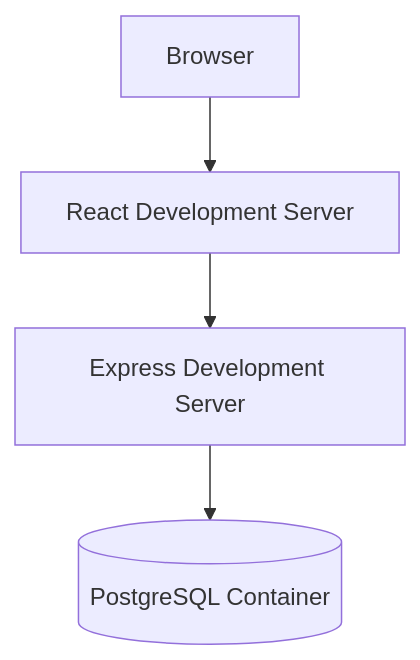
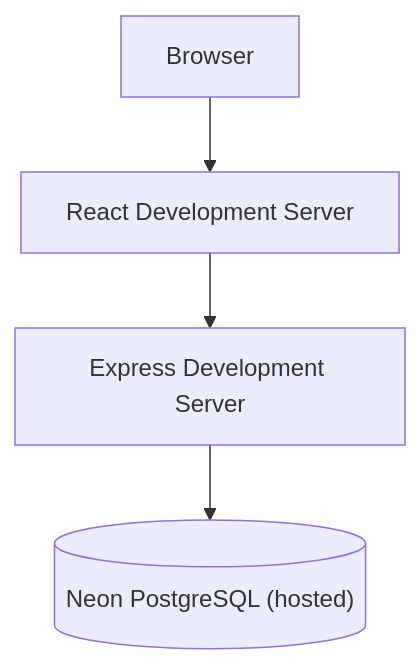
One commit to snehabiju8/Maketon changed the ninth of 10 diagrams in docs/ARCHITECTURE.md. Above: the diagram before and after it, drawn with Mermaid. The commit also changed other lines of this file and 11 other files, not shown here.

First line of the commit message:
chore(db): configure Neon PostgreSQL connectivity

````diff
--- a/docs/ARCHITECTURE.md
+++ b/docs/ARCHITECTURE.md
@@ -820,11 +820,11 @@
 ```mermaid
 flowchart TB
     B["Browser"]
     FE["React Development Server"]
     API["Express Development Server"]
-    DB[("PostgreSQL Container")]
+    DB[("Neon PostgreSQL (hosted)")]
 
     B --> FE
     FE --> API
     API --> DB
 ```
````
